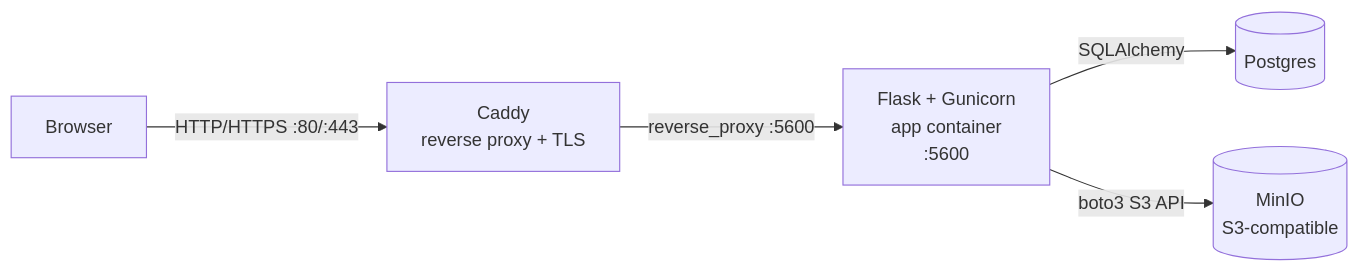
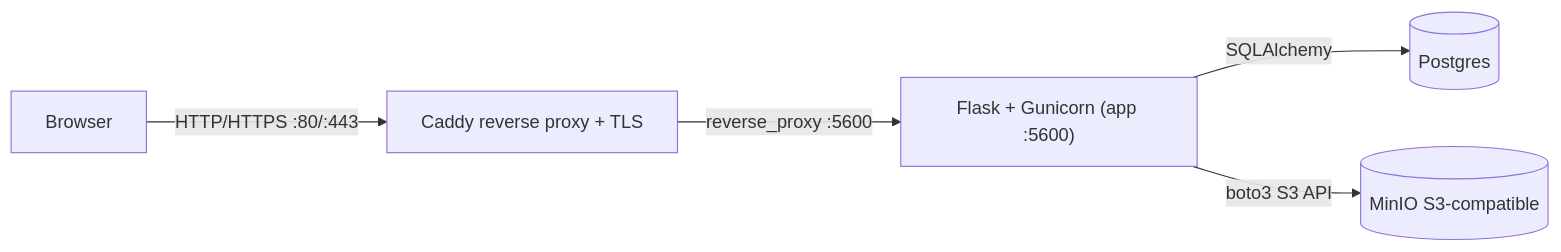
The first of 2 diagrams in docs/01-architecture.md (ChristopherBiel/TriviaQuiz), drawn with Mermaid before and after one commit. The commit also changed other lines of this file and 1 other file, not shown here.

````diff
--- a/docs/01-architecture.md
+++ b/docs/01-architecture.md
@@ -19,17 +23,13 @@
 ```mermaid
 flowchart LR
     Browser[Browser]
-    Caddy[Caddy
-reverse proxy + TLS]
-    App[Flask + Gunicorn
-app container
-:5600]
+    Caddy["Caddy reverse proxy + TLS"]
+    App["Flask + Gunicorn (app :5600)"]
     Postgres[(Postgres)]
-    MinIO[(MinIO
-S3-compatible)]
+    MinIO[("MinIO S3-compatible")]
 
-    Browser -->|HTTP/HTTPS :80/:443| Caddy
-    Caddy -->|reverse_proxy :5600| App
+    Browser -->|"HTTP/HTTPS :80/:443"| Caddy
+    Caddy -->|"reverse_proxy :5600"| App
     App -->|SQLAlchemy| Postgres
-    App -->|boto3 S3 API| MinIO
+    App -->|"boto3 S3 API"| MinIO
 ```
````
